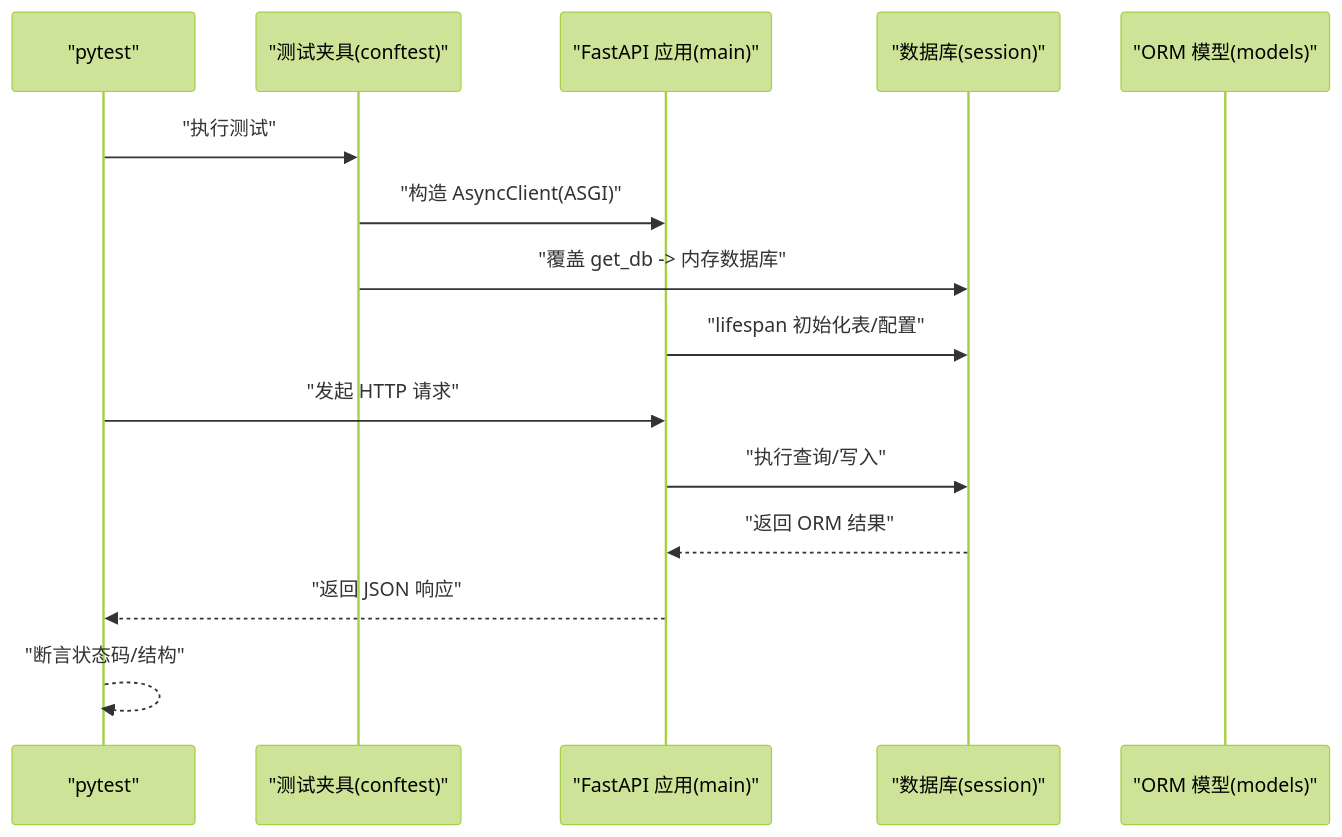
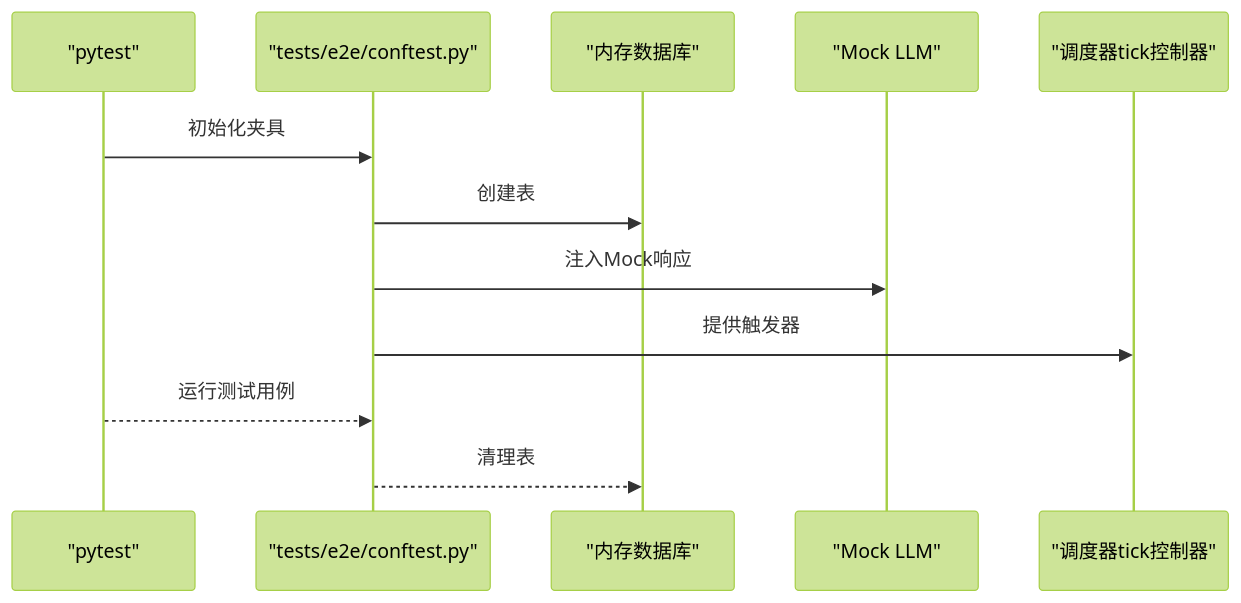
One commit to sansansansansan2022-web/hotclaw changed the third of 9 diagrams in .qoder/repowiki/zh/content/后端开发/测试与调试.md. Above: the diagram before and after it, drawn with Mermaid (forest theme). The commit also changed other lines of this file and 44 other files, not shown here.

````diff
--- a/.qoder/repowiki/zh/content/后端开发/测试与调试.md
+++ b/.qoder/repowiki/zh/content/后端开发/测试与调试.md
@@ -104,17 +154,14 @@
 ```mermaid
 sequenceDiagram
-participant PyTest as "pytest"
-participant Fix as "测试夹具(conftest)"
-participant App as "FastAPI 应用(main)"
-participant DB as "数据库(session)"
-participant Model as "ORM 模型(models)"
-PyTest->>Fix : "执行测试"
-Fix->>App : "构造 AsyncClient(ASGI)"
-Fix->>DB : "覆盖 get_db -> 内存数据库"
-App->>DB : "lifespan 初始化表/配置"
-PyTest->>App : "发起 HTTP 请求"
-App->>DB : "执行查询/写入"
-DB-->>App : "返回 ORM 结果"
-App-->>PyTest : "返回 JSON 响应"
-PyTest-->>PyTest : "断言状态码/结构"
+participant Py as "pytest"
+participant CF as "tests/e2e/conftest.py"
+participant DB as "内存数据库"
+participant ML as "Mock LLM"
+participant ST as "调度器tick控制器"
+Py->>CF : 初始化夹具
+CF->>DB : 创建表
+CF->>ML : 注入Mock响应
+CF->>ST : 提供触发器
+Py-->>CF : 运行测试用例
+CF-->>DB : 清理表
 ```
````
